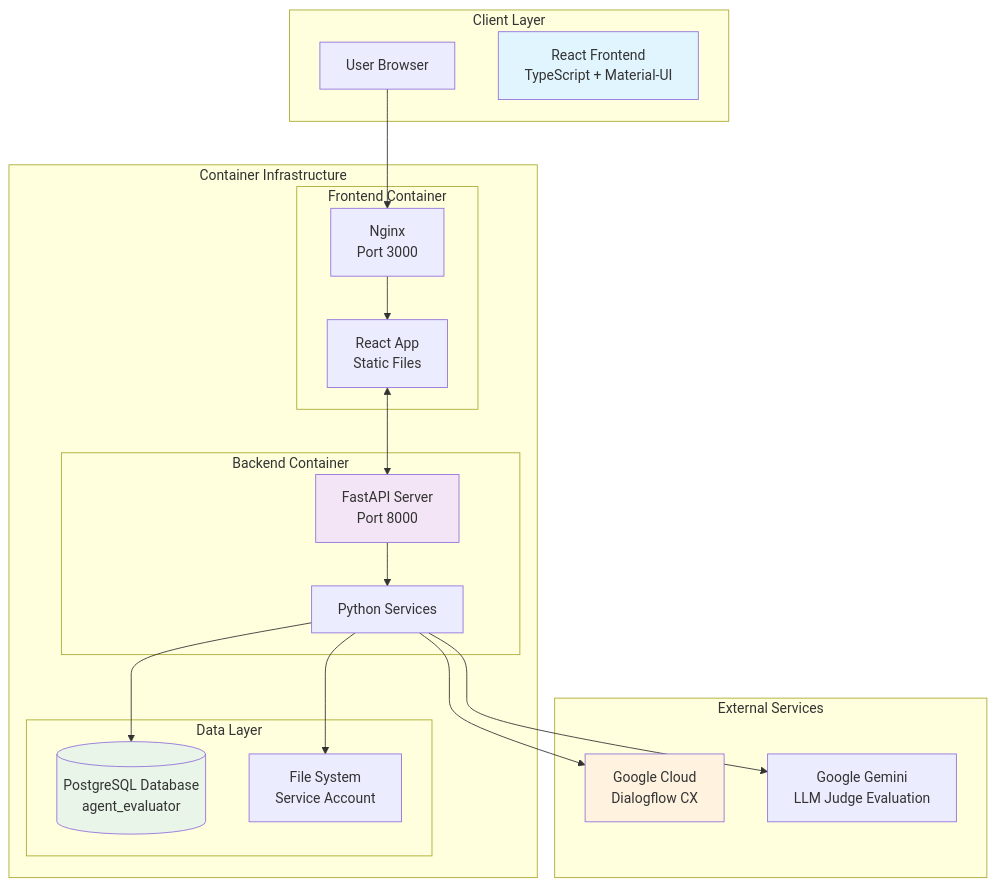
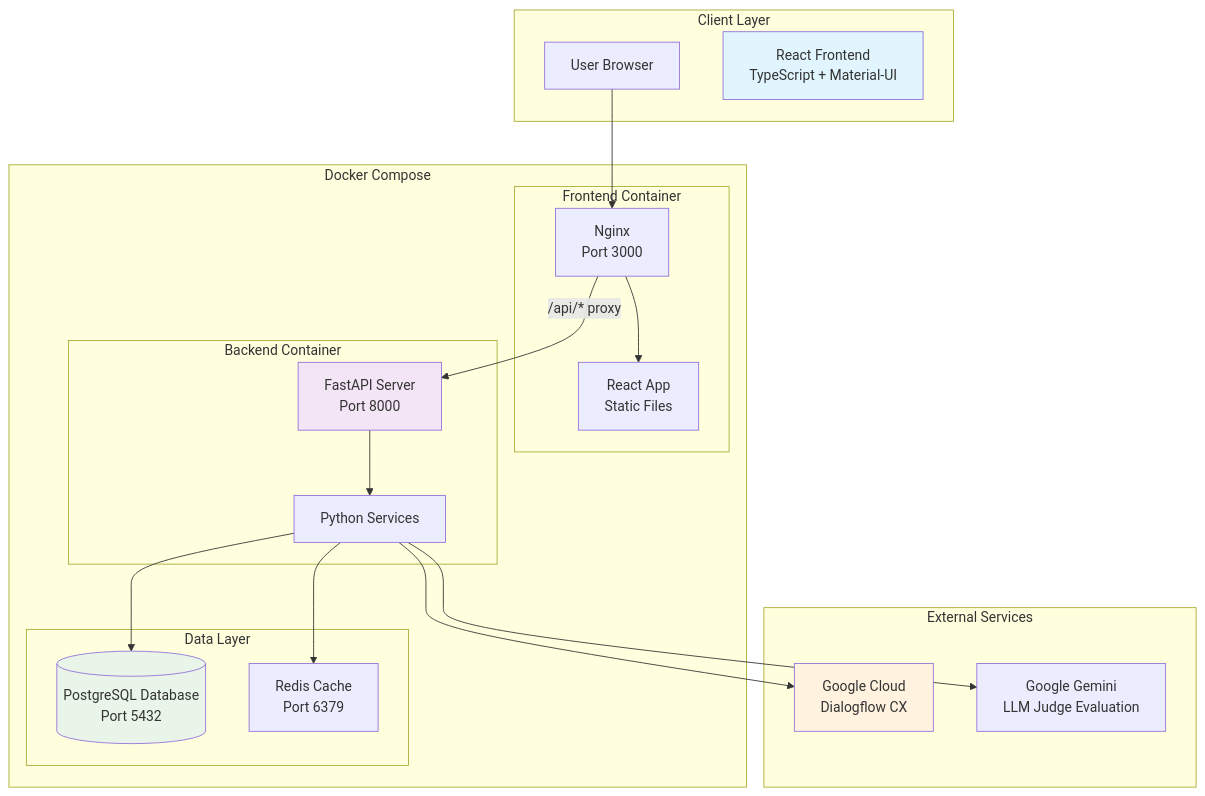
The second of 9 diagrams in design/system-architecture.md (davearlin/agent-test-suite), drawn with Mermaid before and after one commit. The commit also changed other lines of this file and 8 other files, not shown here.

````diff
--- a/design/system-architecture.md
+++ b/design/system-architecture.md
@@ -5,43 +62,43 @@
 ```mermaid
 graph TB
     subgraph "Client Layer"
         U[User Browser]
         C[React Frontend<br/>TypeScript + Material-UI]
     end
     
-    subgraph "Container Infrastructure"
+    subgraph "Docker Compose"
         subgraph "Frontend Container"
             N[Nginx<br/>Port 3000]
             R[React App<br/>Static Files]
         end
         
         subgraph "Backend Container"
             F[FastAPI Server<br/>Port 8000]
             P[Python Services]
         end
         
         subgraph "Data Layer"
-            DB[(PostgreSQL Database<br/>agent_evaluator)]
-            FS[File System<br/>Service Account]
+            DB[(PostgreSQL Database<br/>Port 5432)]
+            REDIS[Redis Cache<br/>Port 6379]
         end
     end
     
     subgraph "External Services"
         GC[Google Cloud<br/>Dialogflow CX]
         GM[Google Gemini<br/>LLM Judge Evaluation]
     end
     
     U --> N
     N --> R
-    R <--> F
+    N -->|"/api/* proxy"| F
     F --> P
     P --> DB
-    P --> FS
+    P --> REDIS
     P --> GC
     P --> GM
     
     style C fill:#e1f5fe
     style F fill:#f3e5f5
     style DB fill:#e8f5e8
     style GC fill:#fff3e0
 ```
````
